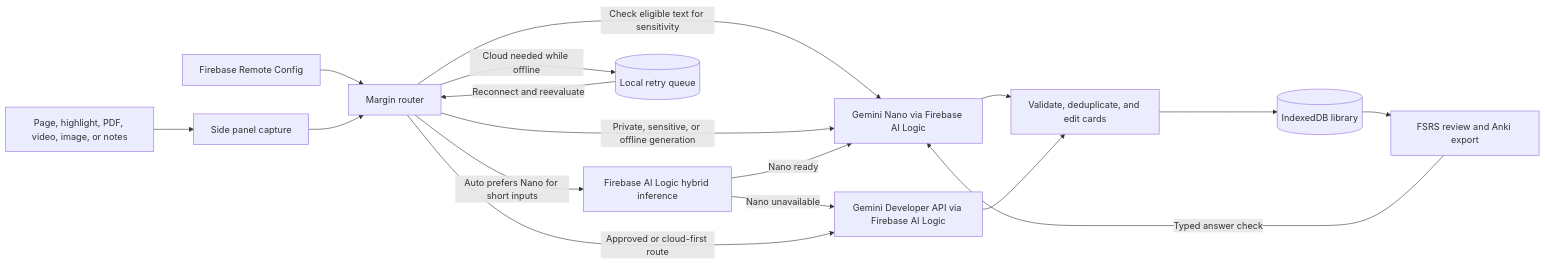
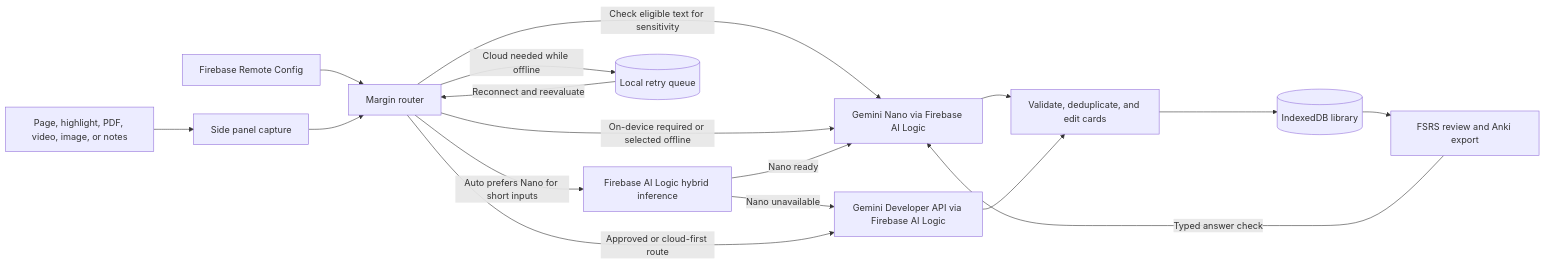
Before and after one commit to MadanChaollaPark/margin-flashcards: the diagram in README.md, drawn with Mermaid. The commit also changed other lines of this file and 16 other files, not shown here.

````diff
--- a/README.md
+++ b/README.md
@@ -35,19 +35,19 @@
 ```mermaid
 flowchart LR
     A[Page, highlight, PDF, video, image, or notes] --> B[Side panel capture]
     RC[Firebase Remote Config] --> R[Margin router]
     B --> R
     R -->|Check eligible text for sensitivity| N[Gemini Nano via Firebase AI Logic]
-    R -->|Private, sensitive, or offline generation| N
+    R -->|On-device required or selected offline| N
     R -->|Auto prefers Nano for short inputs| H[Firebase AI Logic hybrid inference]
     H -->|Nano ready| N
     H -->|Nano unavailable| C[Gemini Developer API via Firebase AI Logic]
     R -->|Approved or cloud-first route| C
     R -->|Cloud needed while offline| Q[(Local retry queue)]
     Q -->|Reconnect and reevaluate| R
     N --> P[Validate, deduplicate, and edit cards]
     C --> P
     P --> D[(IndexedDB library)]
     D --> S[FSRS review and Anki export]
     S -->|Typed answer check| N
 ```
````
